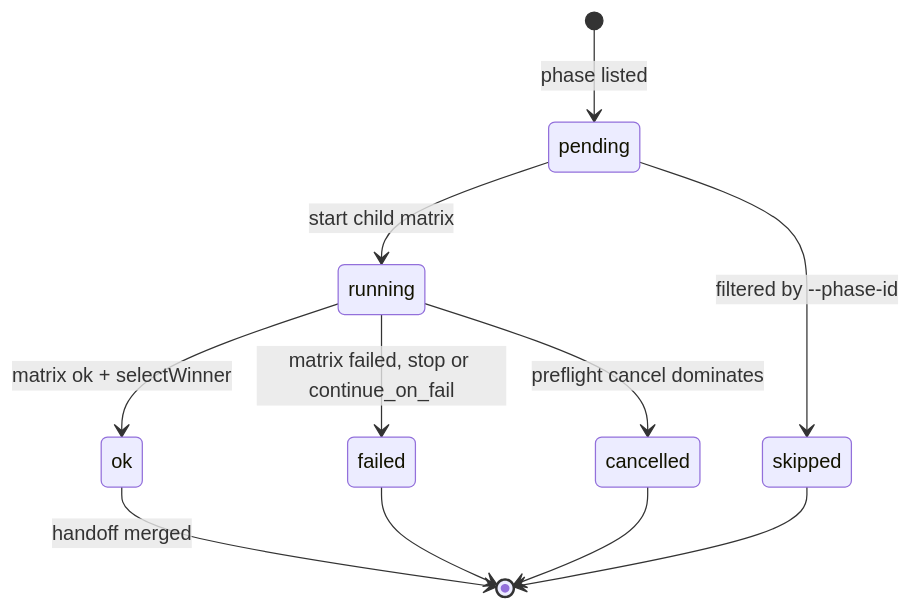
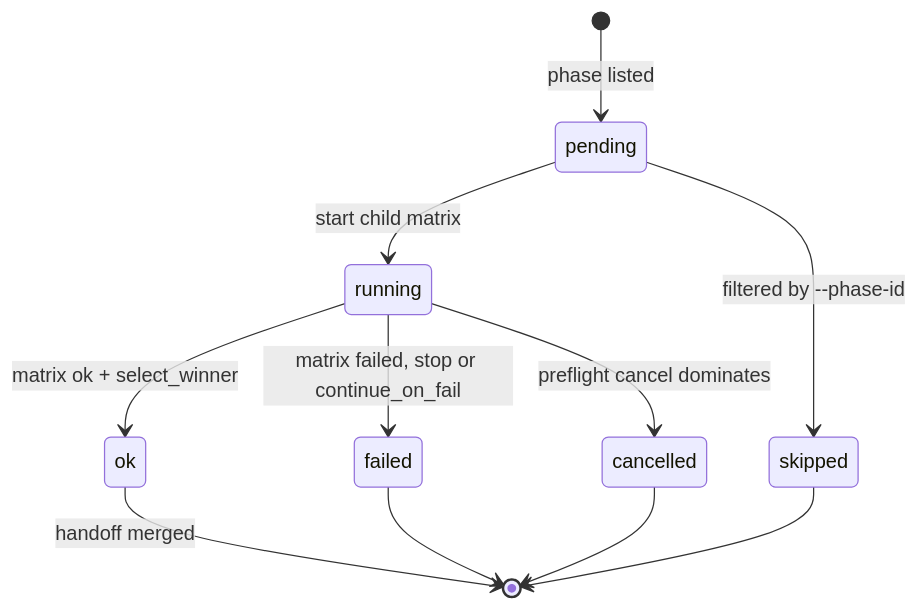
Before and after one commit to Dev-DanielR/bench-run: the fifth of 7 diagrams in docs/lifecycle.md, drawn with Mermaid. The commit also changed other lines of this file and 68 other files, not shown here.

````diff
--- a/docs/lifecycle.md
+++ b/docs/lifecycle.md
@@ -179,13 +179,13 @@
 ```mermaid
 stateDiagram-v2
     [*] --> pending: phase listed
     pending --> skipped: filtered by --phase-id
     pending --> running: start child matrix
-    running --> ok: matrix ok + selectWinner
+    running --> ok: matrix ok + select_winner
     running --> failed: matrix failed, stop or continue_on_fail
     running --> cancelled: preflight cancel dominates
     ok --> [*]: handoff merged
     failed --> [*]
     cancelled --> [*]
     skipped --> [*]
 ```
````
